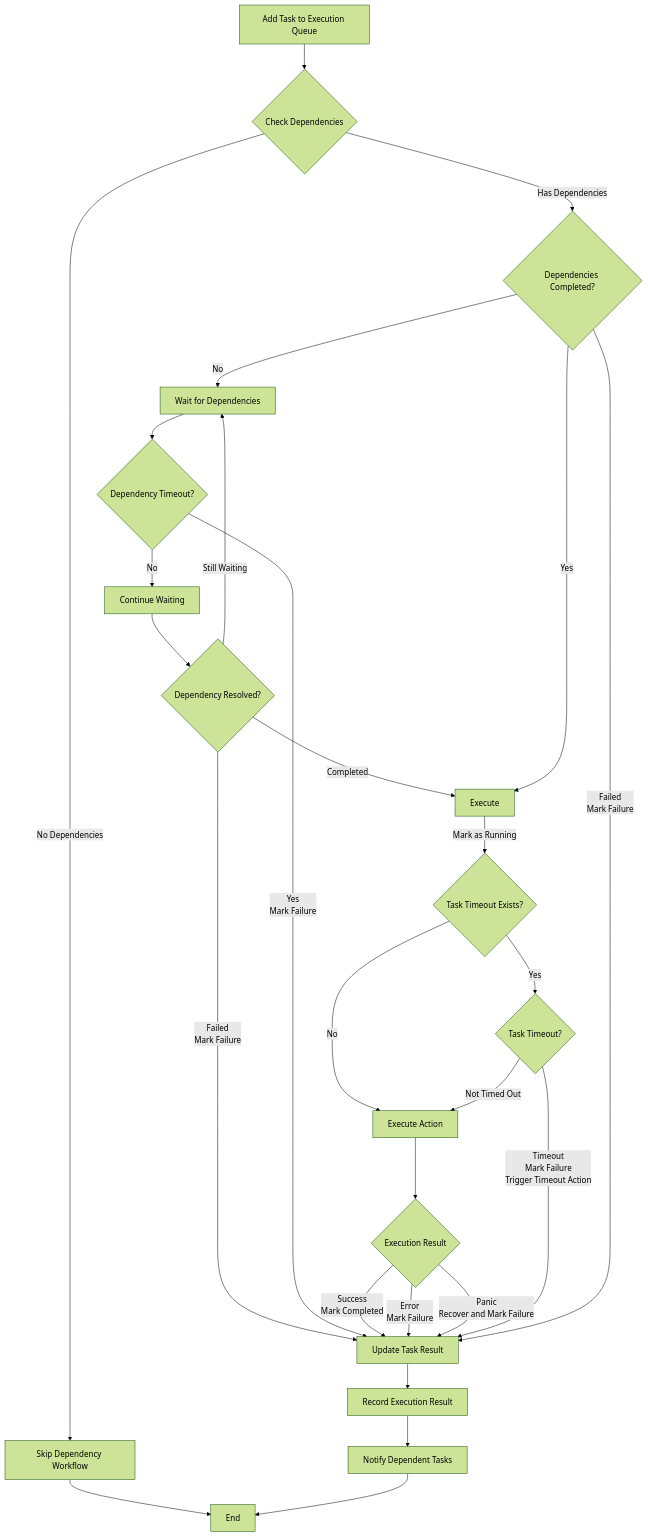
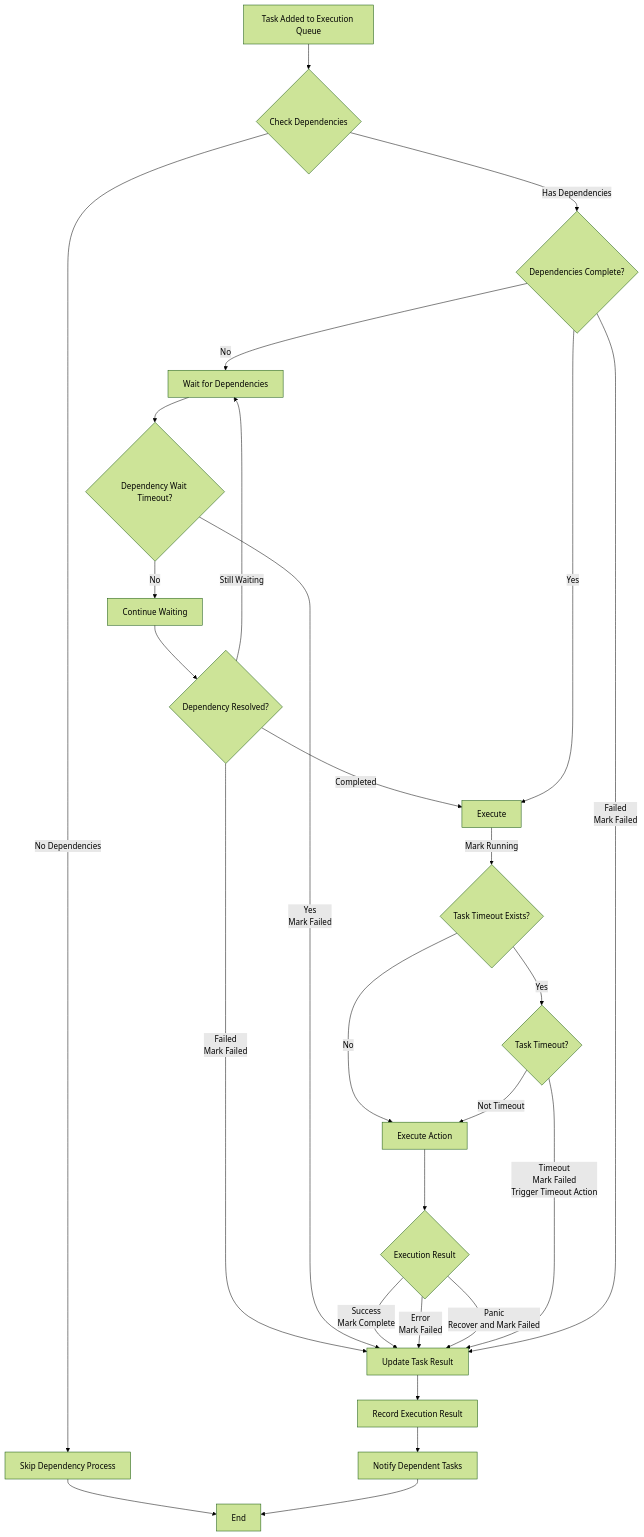
One commit to pardnchiu/go-scheduler changed the second of 2 diagrams in README.md. Above: the diagram before and after it, drawn with Mermaid (forest theme). The commit also changed other lines of this file and 11 other files, not shown here.

````diff
--- a/README.md
+++ b/README.md
@@ -82,30 +110,30 @@
 ```mermaid
 flowchart TD
-    A[Add Task to Execution Queue] --> B{Check Dependencies}
-    B -->|No Dependencies| B0[Skip Dependency Workflow]
+    A[Task Added to Execution Queue] --> B{Check Dependencies}
+    B -->|No Dependencies| B0[Skip Dependency Process]
       B0 --> Z[End]
-    B -->|Has Dependencies| B1{Dependencies Completed?}
+    B -->|Has Dependencies| B1{Dependencies Complete?}
       B1 -->|No| B10[Wait for Dependencies]
-        B10 --> C{Dependency Timeout?}
+        B10 --> C{Dependency Wait Timeout?}
           C -->|No| C0[Continue Waiting]
             C0 --> D{Dependency Resolved?}
-              D -->|Failed<br>Mark Failure| V
+              D -->|Failed<br>Mark Failed| V
               D -->|Completed| B11
               D -->|Still Waiting| B10
-          C -->|Yes<br>Mark Failure| V
+          C -->|Yes<br>Mark Failed| V
       B1 -->|Yes| B11[Execute]
-        B11 -->|Mark as Running| E{Task Timeout Exists?}
+        B11 -->|Mark Running| E{Task Timeout Exists?}
           E -->|No| E0[Execute Action]
             E0 --> R{Execution Result}
-              R -->|Success<br>Mark Completed| V[Update Task Result]
-              R -->|Error<br>Mark Failure| V
-              R -->|Panic<br>Recover and Mark Failure| V
+              R -->|Success<br>Mark Complete| V[Update Task Result]
+              R -->|Error<br>Mark Failed| V
+              R -->|Panic<br>Recover and Mark Failed| V
           E -->|Yes| E1{Task Timeout?}
-            E1 -->|Timeout<br>Mark Failure<br>Trigger Timeout Action| V
-            E1 -->|Not Timed Out| E0
-      B1 -->|Failed<br>Mark Failure| V
+            E1 -->|Timeout<br>Mark Failed<br>Trigger Timeout Action| V
+            E1 -->|Not Timeout| E0
+      B1 -->|Failed<br>Mark Failed| V
     
     V --> X[Record Execution Result]
     X --> Y[Notify Dependent Tasks]
     Y --> Z[End]
 ```
````
